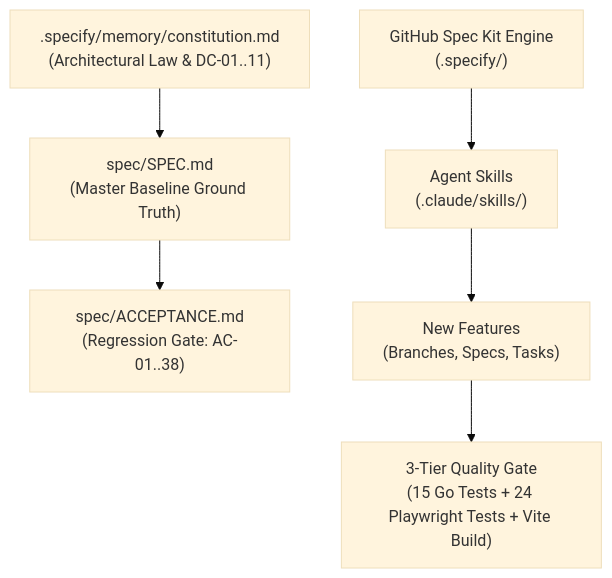
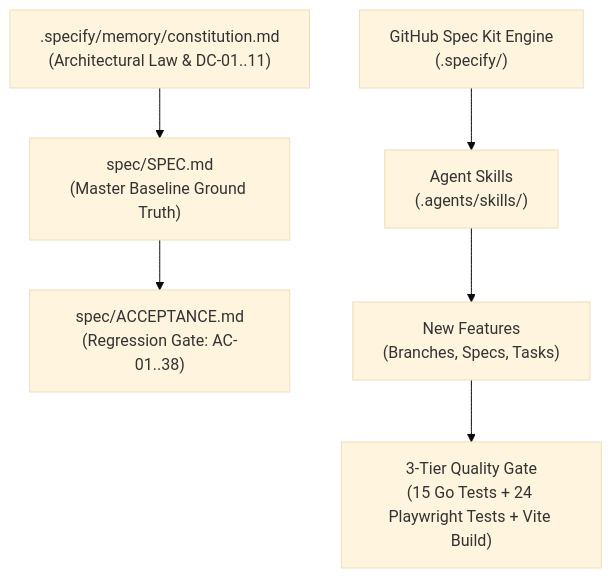
The first of 2 diagrams in README.md (ashishisme/AI-Learning-Mod), drawn with Mermaid (base theme) before and after one commit. The commit also changed other lines of this file and 15 other files, not shown here.

Commit message:
feat(spec-kit): switch integration from claude to Antigravity (agy) for Gemini

````diff
--- a/README.md
+++ b/README.md
@@ -20,8 +20,8 @@
 ```mermaid
 graph TD
     Const[".specify/memory/constitution.md<br/>(Architectural Law & DC-01..11)"] --> Spec["spec/SPEC.md<br/>(Master Baseline Ground Truth)"]
     Spec --> Acc["spec/ACCEPTANCE.md<br/>(Regression Gate: AC-01..38)"]
-    SpecKit["GitHub Spec Kit Engine<br/>(.specify/)"] --> Skills["Agent Skills<br/>(.claude/skills/)"]
+    SpecKit["GitHub Spec Kit Engine<br/>(.specify/)"] --> Skills["Agent Skills<br/>(.agents/skills/)"]
     Skills --> Feat["New Features<br/>(Branches, Specs, Tasks)"]
     Feat --> Gate["3-Tier Quality Gate<br/>(15 Go Tests + 24 Playwright Tests + Vite Build)"]
 ```
````
